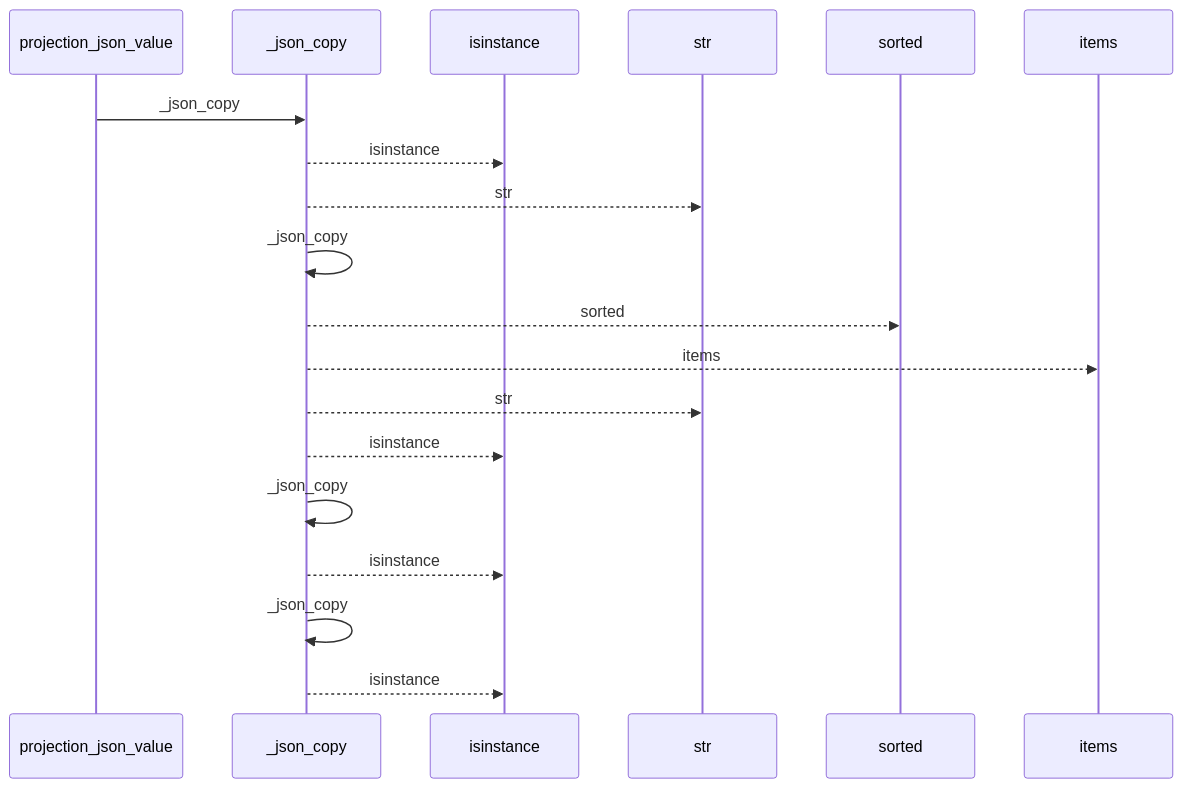
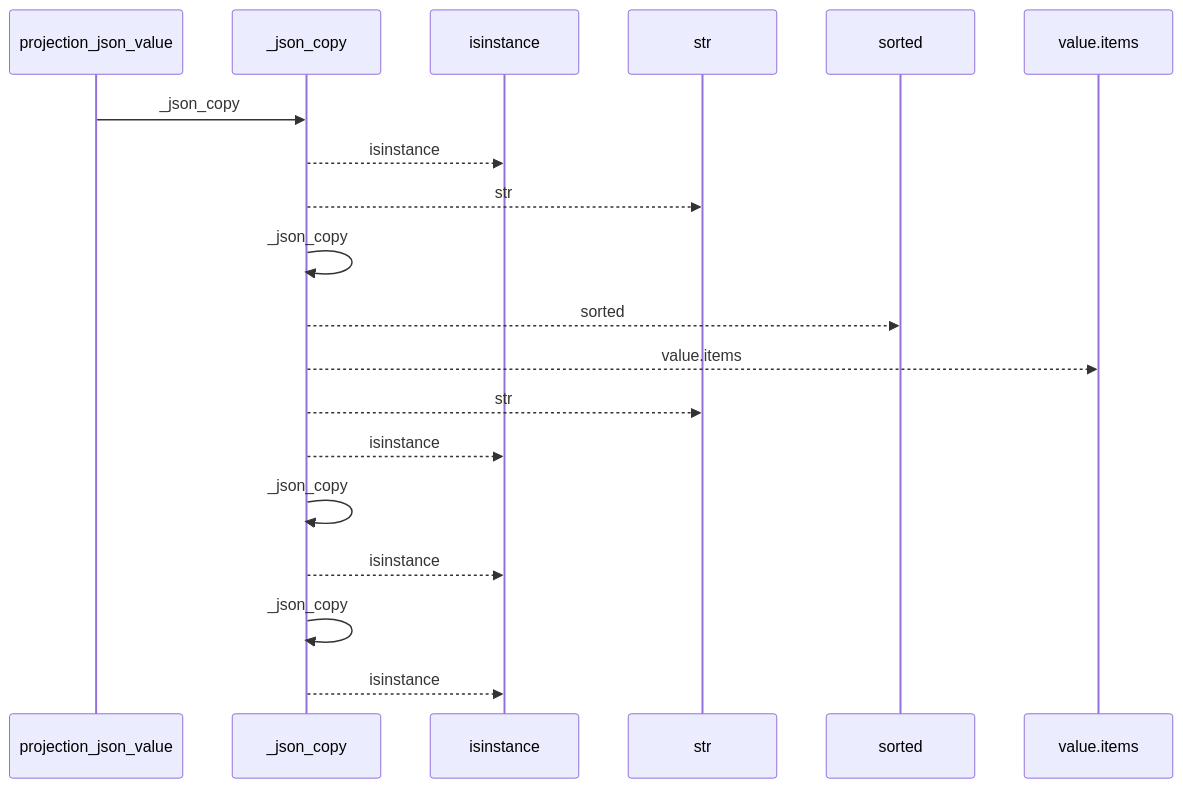
One commit to Denissvgn/python-wiki-llm changed the first of 2 diagrams in docs/llm_wiki/flows/api-projection_json_value.md. Above: the diagram before and after it, drawn with Mermaid. The commit also changed other lines of this file and 719 other files, not shown here.

````diff
--- a/docs/llm_wiki/flows/api-projection_json_value.md
+++ b/docs/llm_wiki/flows/api-projection_json_value.md
@@ -10,21 +10,21 @@
 ```mermaid
 sequenceDiagram
     participant p0 as projection_json_value
     participant p1 as _json_copy
     participant p2 as isinstance
     participant p3 as str
     participant p4 as sorted
-    participant p5 as items
+    participant p5 as value.items
     p0->>p1: _json_copy
     p1-->>p2: isinstance
     p1-->>p3: str
     p1->>p1: _json_copy
     p1-->>p4: sorted
-    p1-->>p5: items
+    p1-->>p5: value.items
     p1-->>p3: str
     p1-->>p2: isinstance
     p1->>p1: _json_copy
     p1-->>p2: isinstance
     p1->>p1: _json_copy
     p1-->>p2: isinstance
 ```
````
